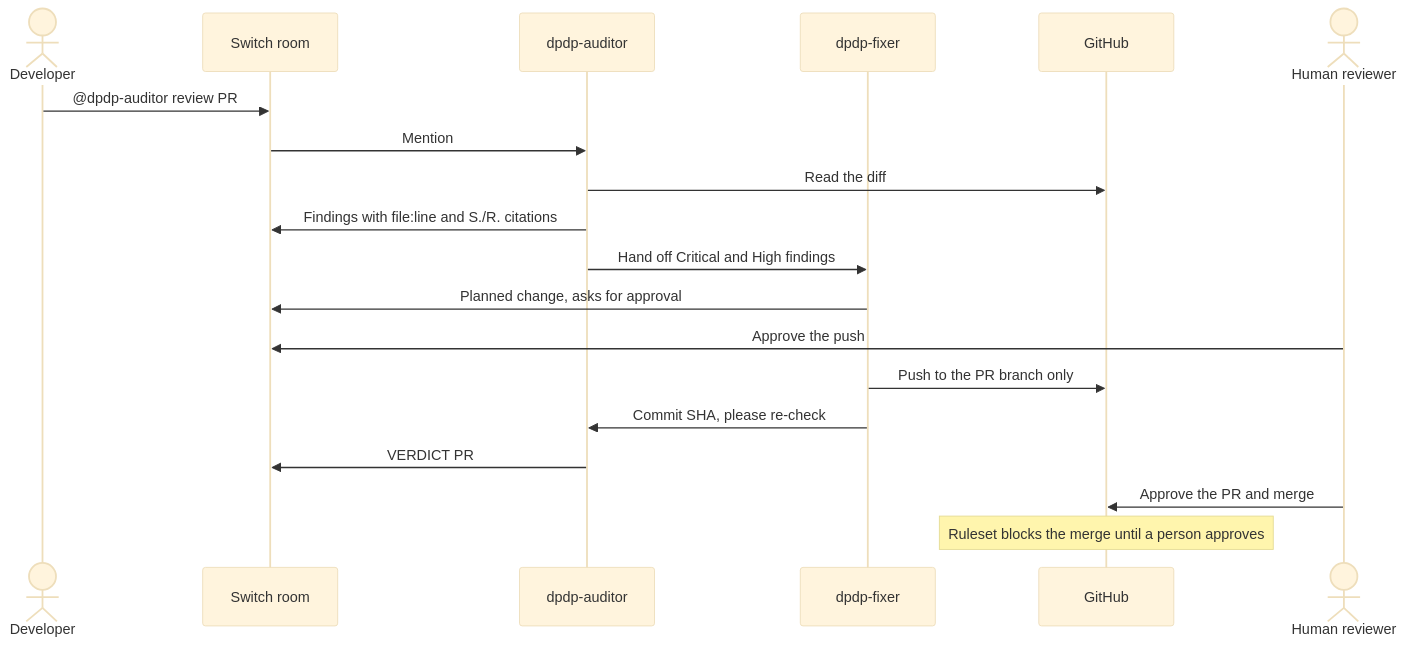
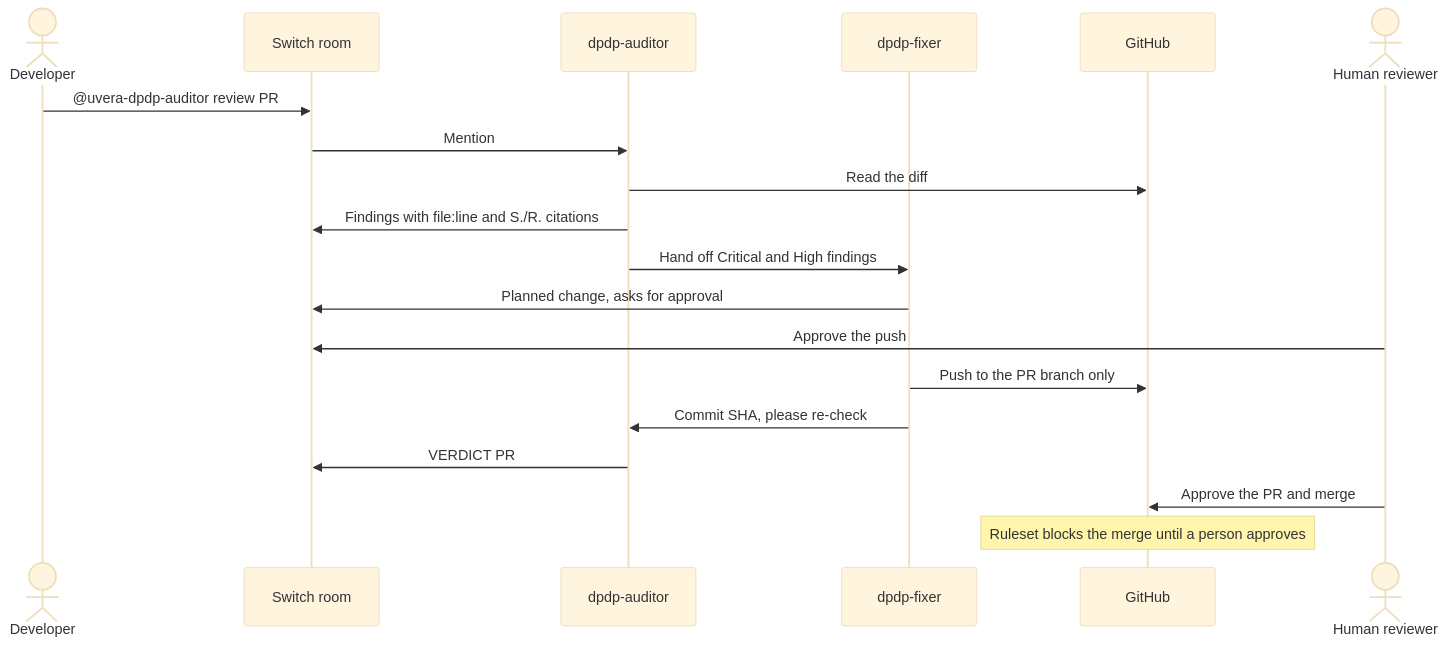
The diagram in README.md (sachin-uvera/dpdp-pr-room), drawn with Mermaid (base theme) before and after one commit. The commit also changed other lines of this file and 1 other file, not shown here.

Commit message:
Update README with a real review and Windows notes; add blog draft

````diff
--- a/README.md
+++ b/README.md
@@ -13,22 +15,22 @@
 ```mermaid
 sequenceDiagram
     actor Dev as Developer
     participant Room as Switch room
     participant Auditor as dpdp-auditor
     participant Fixer as dpdp-fixer
     participant GH as GitHub
     actor Rev as Human reviewer
 
-    Dev->>Room: @dpdp-auditor review PR #7
+    Dev->>Room: @uvera-dpdp-auditor review PR #7
     Room->>Auditor: Mention
     Auditor->>GH: Read the diff
     Auditor->>Room: Findings with file:line and S./R. citations
     Auditor->>Fixer: Hand off Critical and High findings
     Fixer->>Room: Planned change, asks for approval
     Rev->>Room: Approve the push
     Fixer->>GH: Push to the PR branch only
     Fixer->>Auditor: Commit SHA, please re-check
     Auditor->>Room: VERDICT PR #7: READY FOR HUMAN REVIEW
     Rev->>GH: Approve the PR and merge
     Note over GH: Ruleset blocks the merge until a person approves
 ```
````
